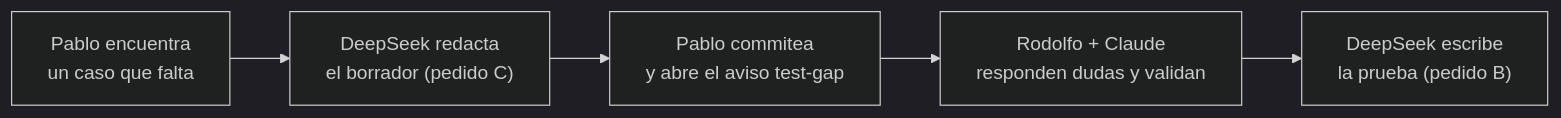
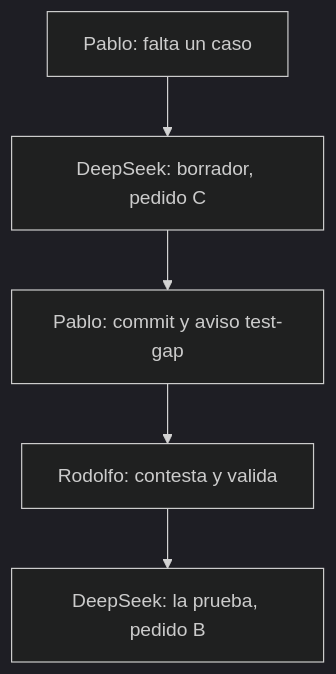
The third of 3 diagrams in doc/metodologia/GUIA_REQUERIMIENTOS_CLAUDE_DEEPSEEK.md (Trazalog/traz-tools), drawn with Mermaid (dark theme) before and after one commit. The commit also changed other lines of this file, not shown here.

First line of the commit message:
docs(metodologia): diagramas de la guia legibles en tema oscuro y sin cortes de texto [DOCTEST-MODOS]

````diff
--- a/doc/metodologia/GUIA_REQUERIMIENTOS_CLAUDE_DEEPSEEK.md
+++ b/doc/metodologia/GUIA_REQUERIMIENTOS_CLAUDE_DEEPSEEK.md
@@ -357,7 +358,7 @@
 ```mermaid
-flowchart LR
-  P["Pablo encuentra<br/>un caso que falta"] --> C["DeepSeek redacta<br/>el borrador (pedido C)"]
-  C --> I["Pablo commitea<br/>y abre el aviso test-gap"]
-  I --> R["Rodolfo + Claude<br/>responden dudas y validan"]
-  R --> B["DeepSeek escribe<br/>la prueba (pedido B)"]
+flowchart TD
+  P["Pablo: falta un caso"] --> C["DeepSeek: borrador, pedido C"]
+  C --> I["Pablo: commit y aviso test-gap"]
+  I --> R["Rodolfo: contesta y valida"]
+  R --> B["DeepSeek: la prueba, pedido B"]
 ```
````
